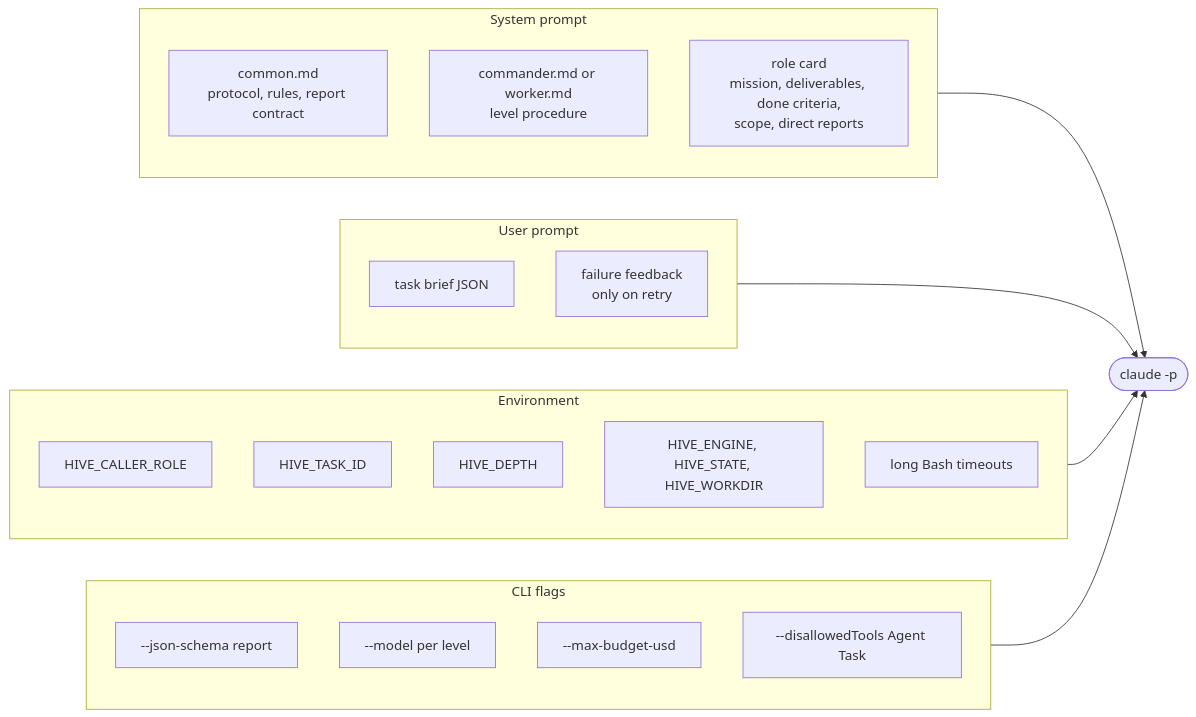
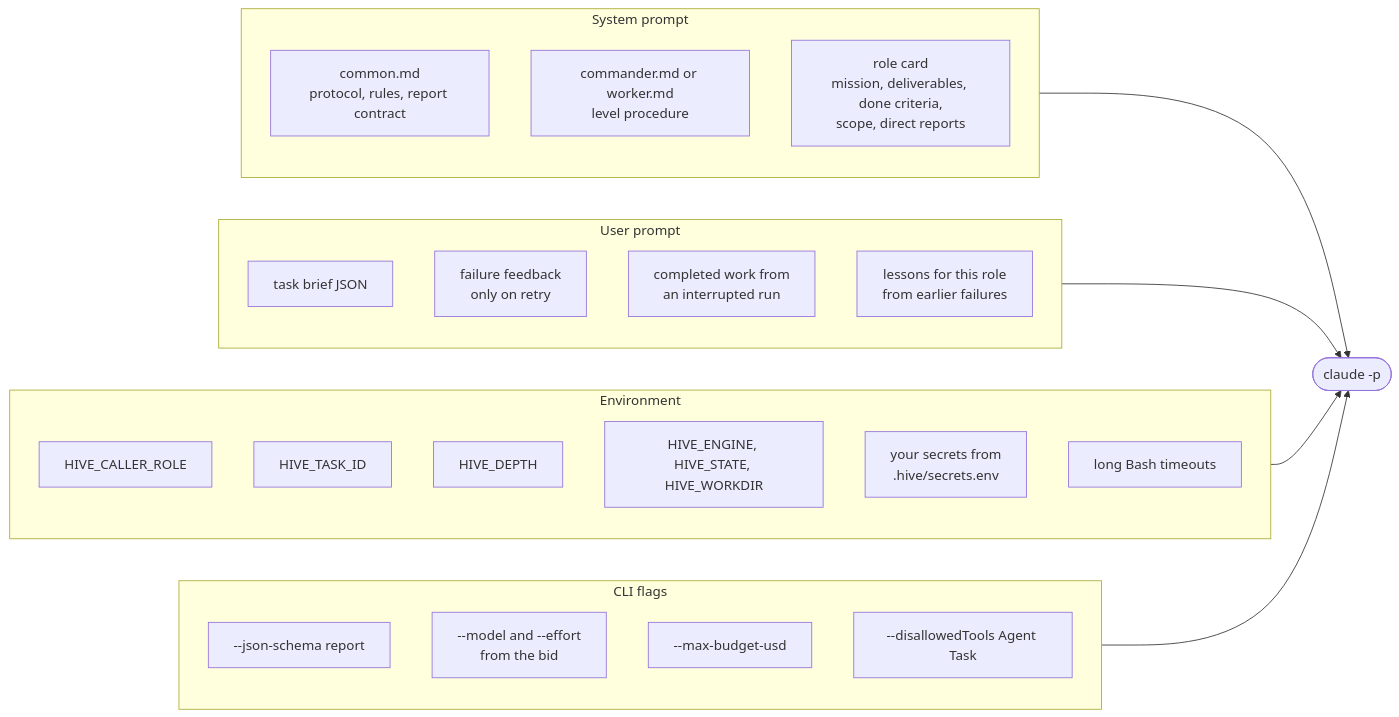
Before and after one commit to Waleed178-del/lets-do-it: the fourth of 4 diagrams in docs/system/04-dispatch-lifecycle.md, drawn with Mermaid. The commit also changed other lines of this file and 14 other files, not shown here.

First line of the commit message:
Enforce delegation in the engine, add @commands verify, diagrams for 2.0

````diff
--- a/docs/system/04-dispatch-lifecycle.md
+++ b/docs/system/04-dispatch-lifecycle.md
@@ -90,26 +101,29 @@
 ```mermaid
 flowchart LR
     subgraph SP["System prompt"]
         C1["common.md<br/>protocol, rules, report contract"]
         C2["commander.md or worker.md<br/>level procedure"]
         C3["role card<br/>mission, deliverables, done criteria,<br/>scope, direct reports"]
     end
     subgraph UP["User prompt"]
         B1["task brief JSON"]
         B2["failure feedback<br/>only on retry"]
+        B3["completed work from<br/>an interrupted run"]
+        B4["lessons for this role<br/>from earlier failures"]
     end
     subgraph ENV["Environment"]
         E1["HIVE_CALLER_ROLE"]
         E2["HIVE_TASK_ID"]
         E3["HIVE_DEPTH"]
         E4["HIVE_ENGINE, HIVE_STATE, HIVE_WORKDIR"]
+        E6["your secrets from<br/>.hive/secrets.env"]
         E5["long Bash timeouts"]
     end
     subgraph FLAGS["CLI flags"]
         F1["--json-schema report"]
-        F2["--model per level"]
+        F2["--model and --effort<br/>from the bid"]
         F3["--max-budget-usd"]
         F4["--disallowedTools Agent Task"]
     end
     SP & UP & ENV & FLAGS --> Agent(["claude -p"])
 ```
````
